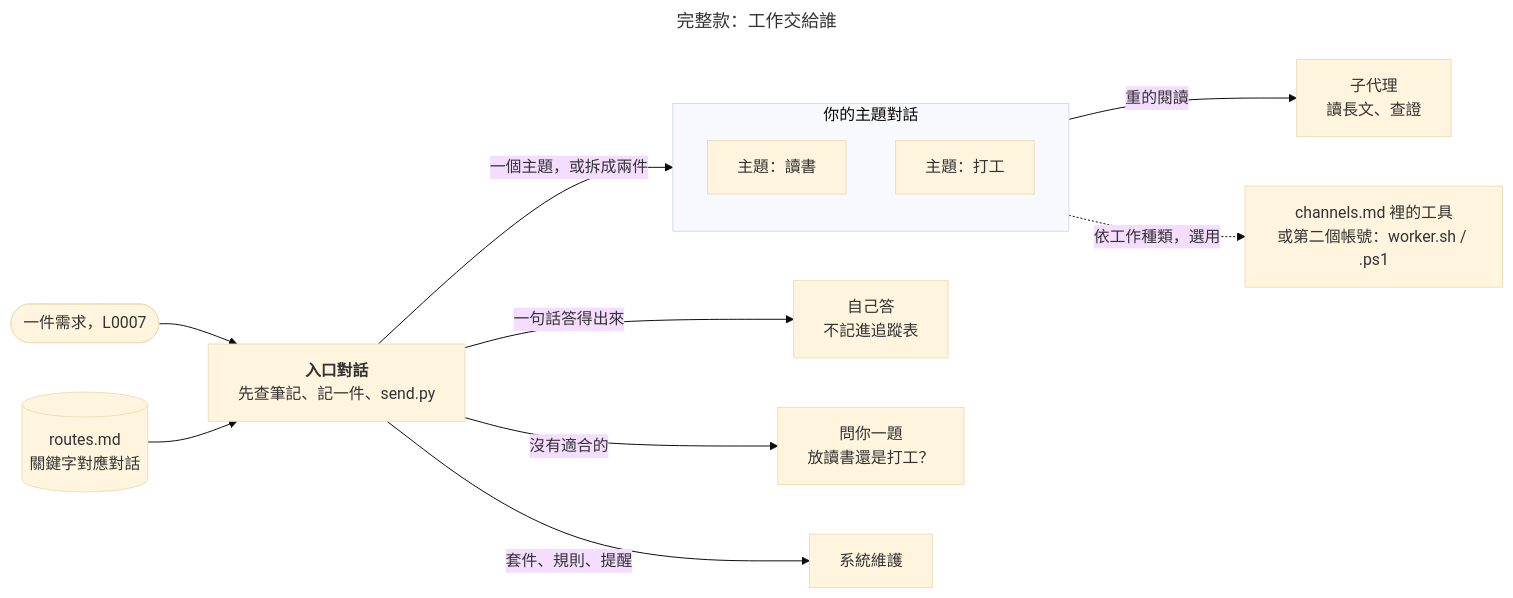
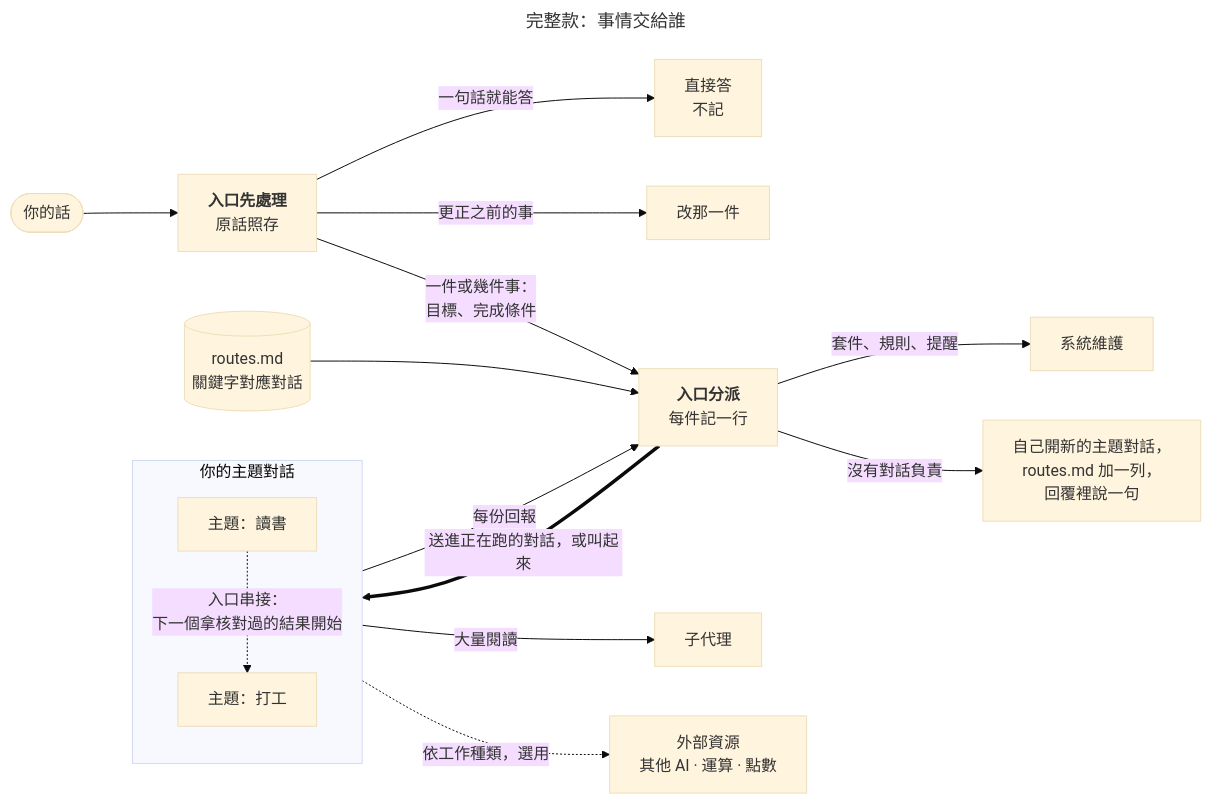
One commit to 0Smallcat0/second-brain-kit changed the third of 6 diagrams in docs/zh-TW/進階功能.md. Above: the diagram before and after it, drawn with Mermaid (base theme). The commit also changed other lines of this file and 61 other files, not shown here.

````diff
--- a/docs/zh-TW/進階功能.md
+++ b/docs/zh-TW/進階功能.md
@@ -142,18 +158,20 @@
 ```mermaid
 ---
-title: "完整款：工作交給誰"
+title: "完整款：事情交給誰"
 ---
 flowchart LR
-  R(["一件需求，L0007"]) --> E["<b>入口對話</b><br/>先查筆記、記一件、send.py"]
+  R(["你的話"]) --> P["<b>入口先處理</b><br/>原話照存"]
+  P -->|一句話就能答| Q["直接答<br/>不記"]
+  P -->|更正之前的事| U["改那一件"]
+  P -->|"一件或幾件事：<br/>目標、完成條件"| E["<b>入口分派</b><br/>每件記一行"]
   T[("routes.md<br/>關鍵字對應對話")] --> E
-  E -->|一句話答得出來| Q["自己答<br/>不記進追蹤表"]
-  E -->|沒有適合的| K["問你一題<br/>放讀書還是打工？"]
   E -->|套件、規則、提醒| M["系統維護"]
-  E -->|一個主題，或拆成兩件| Topics
+  E -->|沒有對話負責| NT["自己開新的主題對話，<br/>routes.md 加一列，<br/>回覆裡說一句"]
+  E ==>|送進正在跑的對話，或叫起來| Topics
   subgraph Topics["你的主題對話"]
-    TA["主題：讀書"]
-    TB["主題：打工"]
+    TA["主題：讀書"] -.->|"入口串接：<br/>下一個拿核對過的結果開始"| TB["主題：打工"]
   end
-  Topics -->|重的閱讀| S["子代理<br/>讀長文、查證"]
-  Topics -.->|依工作種類，選用| W["channels.md 裡的工具<br/>或第二個帳號：worker.sh / .ps1"]
+  Topics -->|每份回報| E
+  Topics -->|大量閱讀| S["子代理"]
+  Topics -.->|依工作種類，選用| W["外部資源<br/>其他 AI · 運算 · 點數"]
 ```
````
